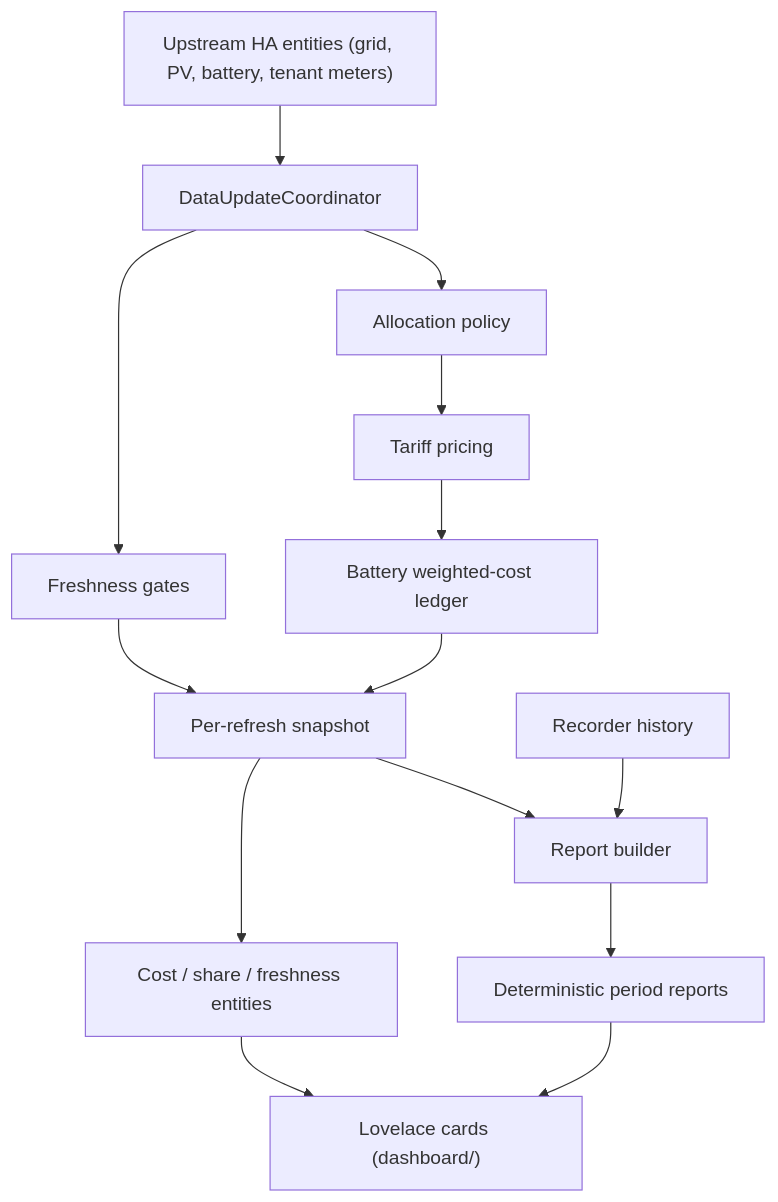
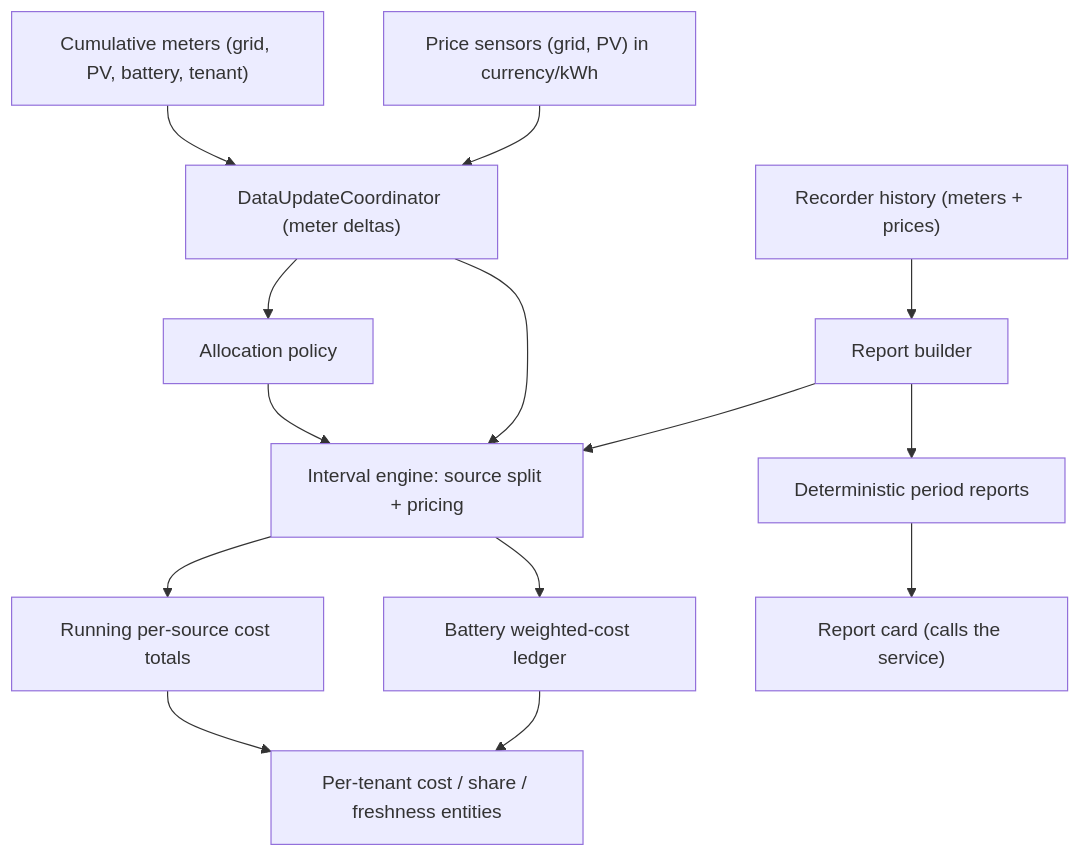
Before and after one commit to yeaxi/shared-energy-ledger: the diagram in ARCHITECTURE.md, drawn with Mermaid. The commit also changed other lines of this file and 14 other files, not shown here.

First line of the commit message:
Align docs, spec, and governance with the source-cost model

````diff
--- a/ARCHITECTURE.md
+++ b/ARCHITECTURE.md
@@ -53,16 +59,16 @@
 ```mermaid
 flowchart TD
-  Meters["Upstream HA entities (grid, PV, battery, tenant meters)"] --> Coordinator
-  Coordinator["DataUpdateCoordinator"] --> Freshness["Freshness gates"]
-  Coordinator --> Allocation["Allocation policy"]
-  Allocation --> Tariff["Tariff pricing"]
-  Tariff --> Ledger["Battery weighted-cost ledger"]
-  Ledger --> Snapshot["Per-refresh snapshot"]
-  Freshness --> Snapshot
-  Snapshot --> Entities["Cost / share / freshness entities"]
-  Recorder["Recorder history"] --> ReportBuilder["Report builder"]
-  Snapshot --> ReportBuilder
+  Meters["Cumulative meters (grid, PV, battery, tenant)"] --> Coordinator
+  Prices["Price sensors (grid, PV) in currency/kWh"] --> Coordinator
+  Coordinator["DataUpdateCoordinator (meter deltas)"] --> Allocation["Allocation policy"]
+  Allocation --> IntervalEngine["Interval engine: source split + pricing"]
+  Coordinator --> IntervalEngine
+  IntervalEngine --> Ledger["Battery weighted-cost ledger"]
+  IntervalEngine --> CostStore["Running per-source cost totals"]
+  CostStore --> Entities["Per-tenant cost / share / freshness entities"]
+  Ledger --> Entities
+  Recorder["Recorder history (meters + prices)"] --> ReportBuilder["Report builder"]
+  ReportBuilder --> IntervalEngine
   ReportBuilder --> Reports["Deterministic period reports"]
-  Entities --> Cards["Lovelace cards (dashboard/)"]
-  Reports --> Cards
+  Reports --> Card["Report card (calls the service)"]
 ```
````
